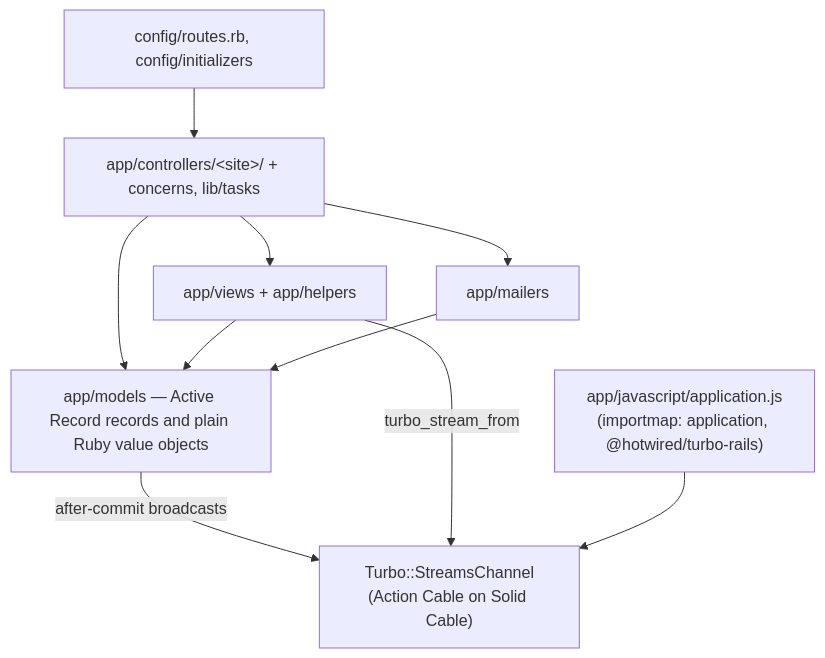
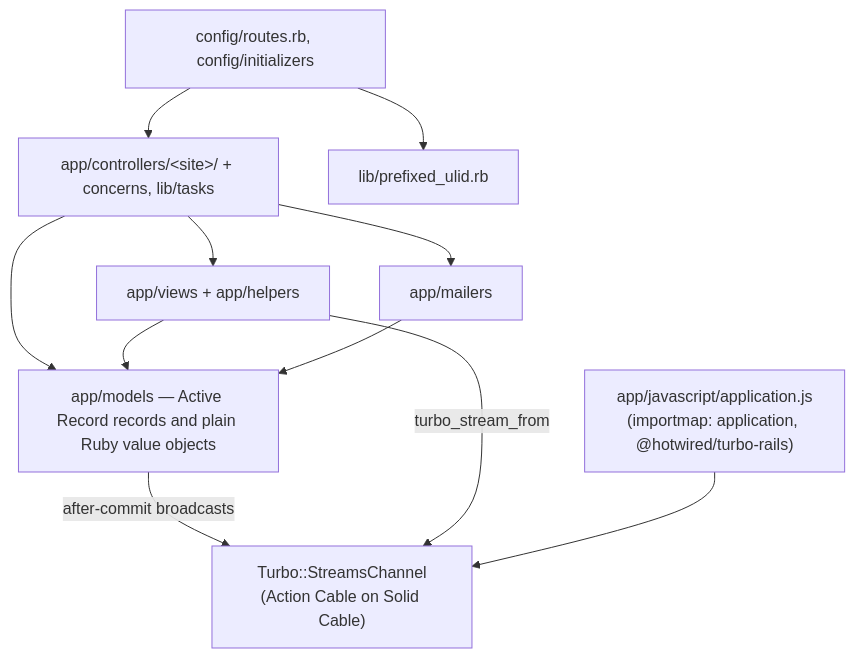
The second of 6 diagrams in prototype/rails/docs/architecture.md (jonathan-beebe/art-store), drawn with Mermaid before and after one commit. The commit also changed other lines of this file and 318 other files, not shown here.

````diff
--- a/prototype/rails/docs/architecture.md
+++ b/prototype/rails/docs/architecture.md
@@ -39,13 +40,14 @@
 ```mermaid
 flowchart TD
     entry["config/routes.rb, config/initializers"] --> controllers
     controllers["app/controllers/&lt;site&gt;/ + concerns, lib/tasks"] --> models
+    entry --> lib["lib/prefixed_ulid.rb"]
     controllers --> views
     views["app/views + app/helpers"] --> models
     controllers --> mailers
     mailers["app/mailers"] --> models
     models["app/models — Active Record records and plain Ruby value objects"]
     models -- "after-commit broadcasts" --> cable["Turbo::StreamsChannel\n(Action Cable on Solid Cable)"]
     views -- "turbo_stream_from" --> cable
     js["app/javascript/application.js\n(importmap: application, @hotwired/turbo-rails)"] --> cable
 ```
````
